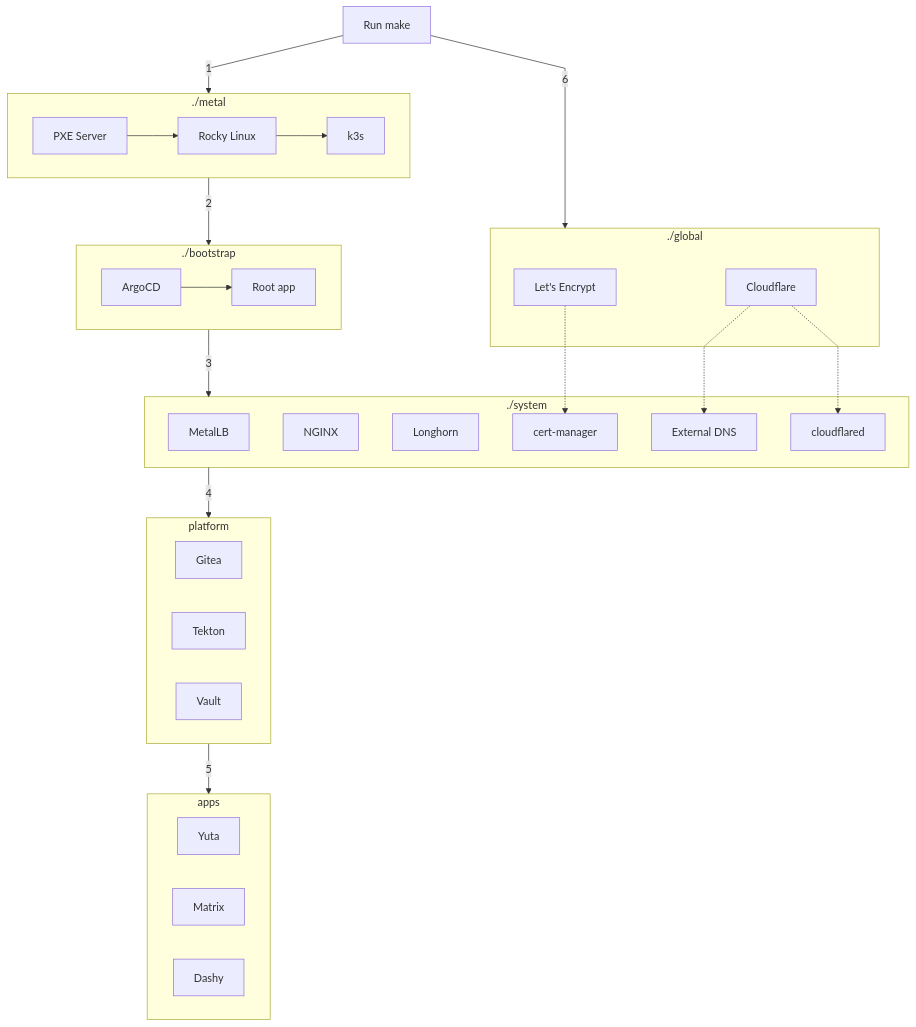
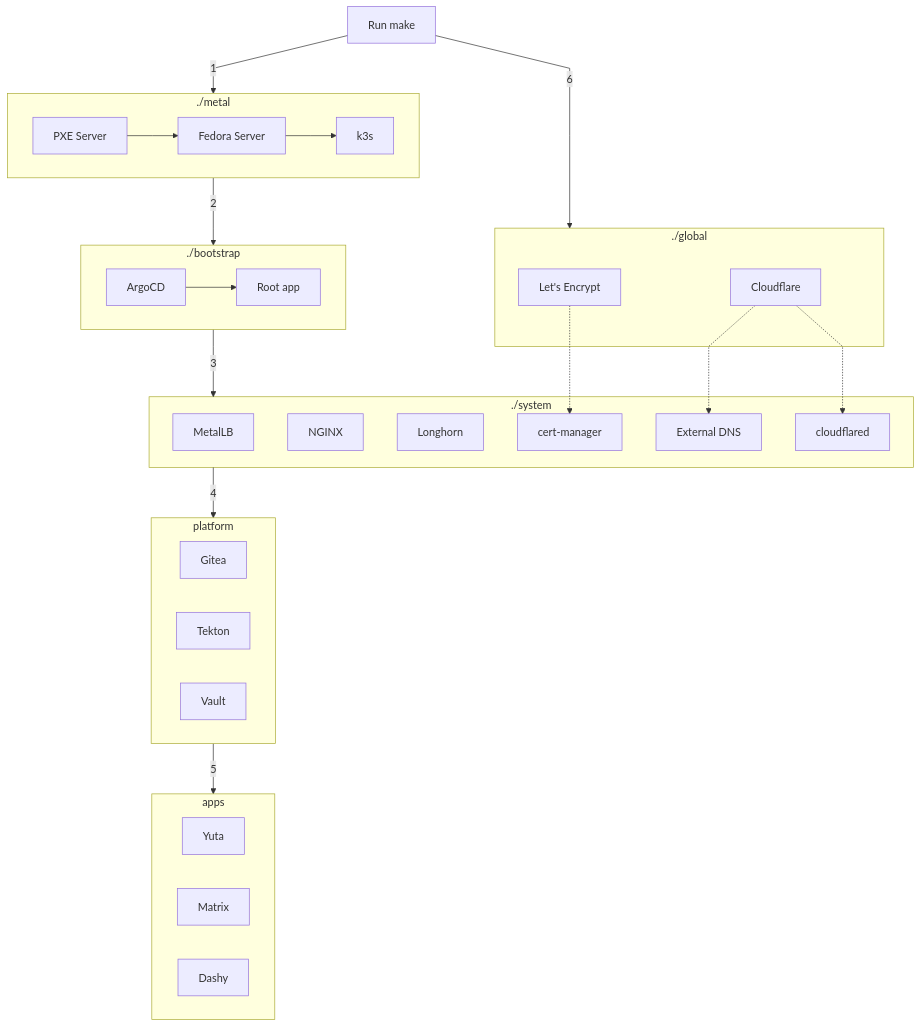
Before and after one commit to locmai/humble: the diagram in docs/concepts/provisioning-flow.md, drawn with Mermaid. The commit also changed 3 other files, not shown here.

````diff
--- a/docs/concepts/provisioning-flow.md
+++ b/docs/concepts/provisioning-flow.md
@@ -22,46 +22,46 @@
 ```mermaid
 %%{init: { "flowchart": { "htmlLabels": true, "curve": "linear" } } }%%
 flowchart TD
   subgraph metal[./metal]
-    pxe[PXE Server] --> linux[Rocky Linux] --> k3s
+    pxe[PXE Server] --> linux[Fedora Server] --> k3s
   end
 
   subgraph bootstrap[./bootstrap]
     argocd[ArgoCD] --> rootapp[Root app]
   end
 
   subgraph system[./system]
     metallb[MetalLB]
     nginx[NGINX]
     longhorn[Longhorn]
     cert-manager
     external-dns[External DNS]
     cloudflared
   end
 
   subgraph platform
     gitea[Gitea]
     tekton[Tekton]
     vault[Vault]
   end
 
   subgraph apps
     yuta[Yuta]
     matrix[Matrix]
     dashy[Dashy]
   end
 
   subgraph global[./global]
     letsencrypt[Let's Encrypt]
     cloudflare[Cloudflare]
   end
 
   letsencrypt -.-> cert-manager
   cloudflare -.-> external-dns
   cloudflare -.-> cloudflared
 
 
   
   make[Run make] -- 1 --> metal -- 2 --> bootstrap -- 3 --> system -- 4 --> platform -- 5 --> apps
   make[Run make] -- 6 --> global
 ```
````
